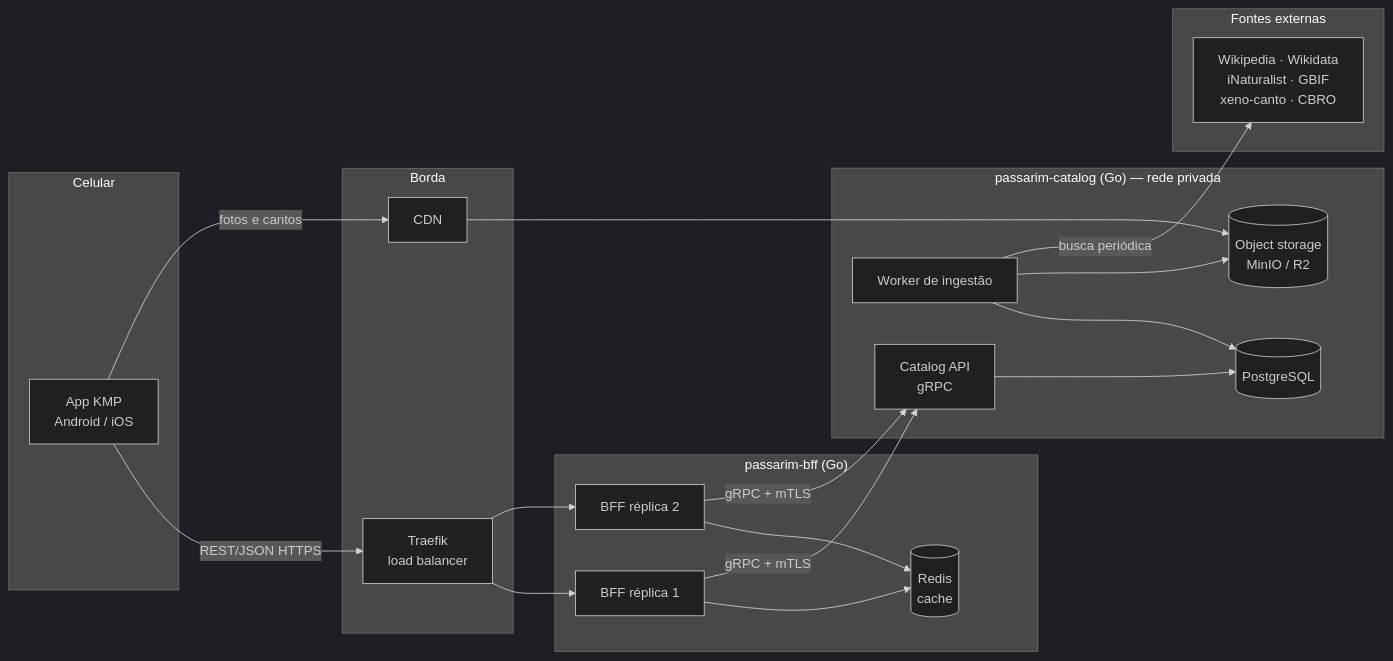
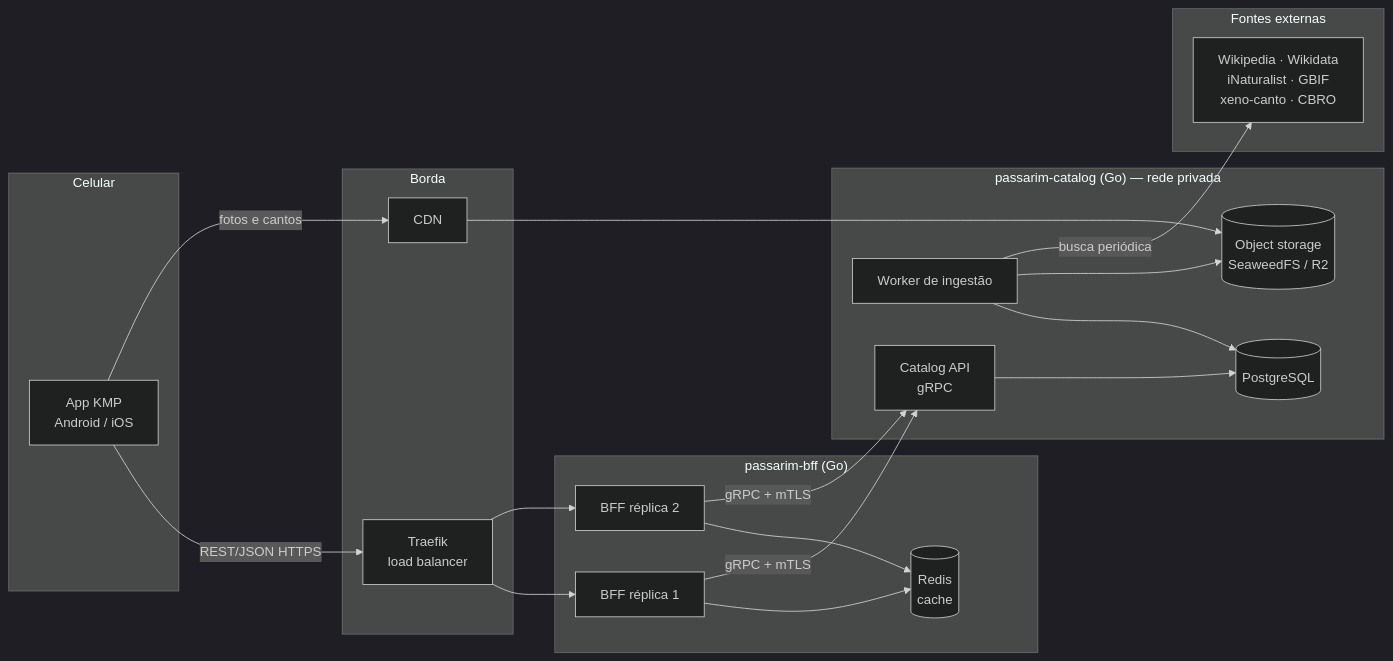
The first of 2 diagrams in README.md (velosobr/passarim-docs), drawn with Mermaid (dark theme) before and after one commit. The commit also changed other lines of this file and 9 other files, not shown here.

````diff
--- a/README.md
+++ b/README.md
@@ -11,34 +11,34 @@
 ```mermaid
 flowchart LR
     subgraph Celular
         App[App KMP<br/>Android / iOS]
     end
     subgraph Borda
         LB[Traefik<br/>load balancer]
         CDN[CDN]
     end
     subgraph BFF["passarim-bff (Go)"]
         BFF1[BFF réplica 1]
         BFF2[BFF réplica 2]
         Redis[(Redis<br/>cache)]
     end
     subgraph Catalog["passarim-catalog (Go) — rede privada"]
         CAT[Catalog API<br/>gRPC]
         W[Worker de ingestão]
         PG[(PostgreSQL)]
-        S3[(Object storage<br/>MinIO / R2)]
+        S3[(Object storage<br/>SeaweedFS / R2)]
     end
     subgraph Externo["Fontes externas"]
         EXT[Wikipedia · Wikidata<br/>iNaturalist · GBIF<br/>xeno-canto · CBRO]
     end
 
     App -- REST/JSON HTTPS --> LB
     LB --> BFF1 & BFF2
     BFF1 & BFF2 --> Redis
     BFF1 & BFF2 -- gRPC + mTLS --> CAT
     CAT --> PG
     W --> PG
     W --> S3
     W -- busca periódica --> EXT
     App -- fotos e cantos --> CDN --> S3
 ```
````
